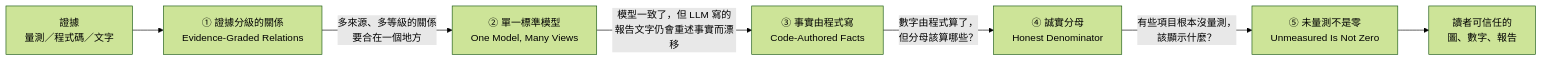
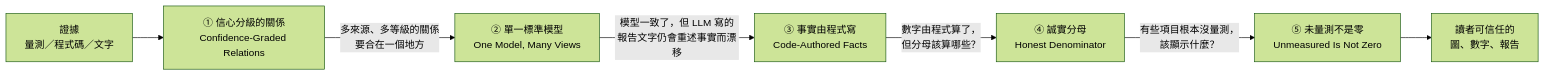
The diagram in docs/pattern-language-asianplop.md (ANYuu531/ChatOps4Msa-Pipeline), drawn with Mermaid (forest theme) before and after one commit. The commit also changed other lines of this file and 23 other files, not shown here.

````diff
--- a/docs/pattern-language-asianplop.md
+++ b/docs/pattern-language-asianplop.md
@@ -79,9 +79,9 @@
 ```mermaid
 flowchart LR
     E["證據<br/>量測／程式碼／文字"] --> P1
-    P1["① 證據分級的關係<br/>Evidence-Graded Relations"] -->|"多來源、多等級的關係<br/>要合在一個地方"| P2
+    P1["① 信心分級的關係<br/>Confidence-Graded Relations"] -->|"多來源、多等級的關係<br/>要合在一個地方"| P2
     P2["② 單一標準模型<br/>One Model, Many Views"] -->|"模型一致了，但 LLM 寫的<br/>報告文字仍會重述事實而漂移"| P3
     P3["③ 事實由程式寫<br/>Code-Authored Facts"] -->|"數字由程式算了，<br/>但分母該算哪些？"| P4
     P4["④ 誠實分母<br/>Honest Denominator"] -->|"有些項目根本沒量測，<br/>該顯示什麼？"| P5
     P5["⑤ 未量測不是零<br/>Unmeasured Is Not Zero"] --> V["讀者可信任的<br/>圖、數字、報告"]
 ```
````
